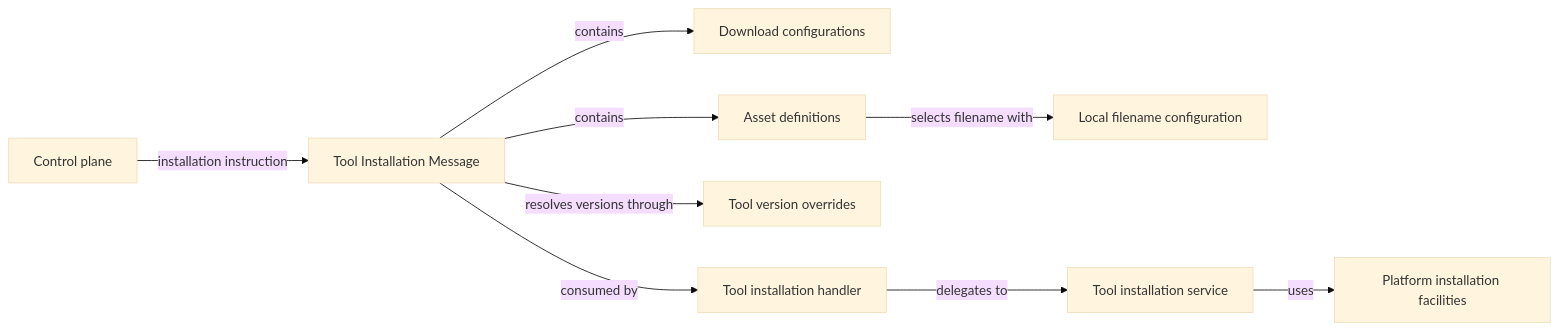
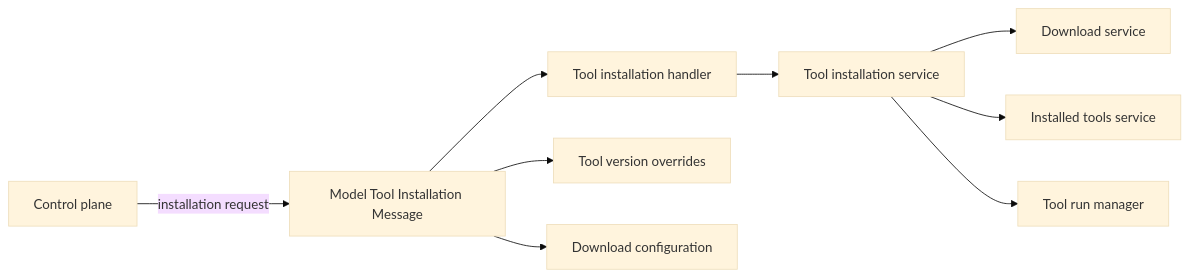
The first of 4 diagrams in docs/reference/architecture/openframe-client-core/model-tool-installation-message/model-tool-installation-message.md (flamingo-stack/openframe-oss-tenant), drawn with Mermaid (base theme) before and after one commit. The commit also changed other lines of this file and 2377 other files, not shown here.

````diff
--- a/docs/reference/architecture/openframe-client-core/model-tool-installation-message/model-tool-installation-message.md
+++ b/docs/reference/architecture/openframe-client-core/model-tool-installation-message/model-tool-installation-message.md
@@ -77,11 +22,11 @@
 ```mermaid
 flowchart LR
-    ControlPlane["Control plane"] -->|"installation instruction"| Message["Tool Installation Message"]
-    Message -->|"contains"| Downloads["Download configurations"]
-    Message -->|"contains"| Assets["Asset definitions"]
-    Message -->|"resolves versions through"| Overrides["Tool version overrides"]
-    Assets -->|"selects filename with"| Filename["Local filename configuration"]
-    Message -->|"consumed by"| Handler["Tool installation handler"]
-    Handler -->|"delegates to"| Service["Tool installation service"]
-    Service -->|"uses"| Platform["Platform installation facilities"]
+    ControlPlane["Control plane"] -->|"installation request"| Message["Model Tool Installation Message"]
+    Message --> Handler["Tool installation handler"]
+    Handler --> Installer["Tool installation service"]
+    Installer --> Downloads["Download service"]
+    Installer --> Storage["Installed tools service"]
+    Installer --> Runtime["Tool run manager"]
+    Message --> VersionOverrides["Tool version overrides"]
+    Message --> DownloadModel["Download configuration"]
 ```
````
